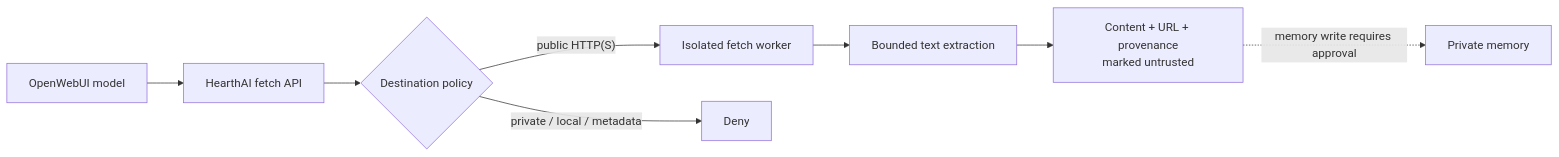
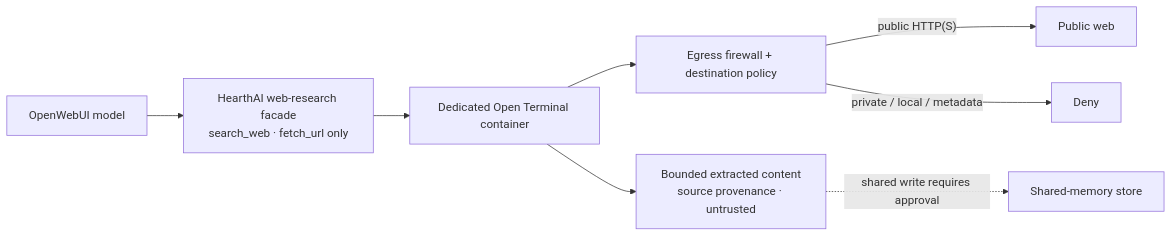
Before and after one commit to jokajak/hearthai: the fifth of 6 diagrams in docs/ARCHITECTURE.md, drawn with Mermaid. The commit also changed other lines of this file and 5 other files, not shown here.

Commit message:
Refine HearthAI capability roadmap

````diff
--- a/docs/ARCHITECTURE.md
+++ b/docs/ARCHITECTURE.md
@@ -267,10 +232,10 @@
 ```mermaid
 flowchart LR
-    HOST["OpenWebUI model"] --> API["HearthAI fetch API"]
-    API --> POLICY{"Destination policy"}
-    POLICY -- "public HTTP(S)" --> FETCH["Isolated fetch worker"]
-    POLICY -- "private / local / metadata" --> DENY["Deny"]
-    FETCH --> EXTRACT["Bounded text extraction"]
-    EXTRACT --> RESULT["Content + URL + provenance<br/>marked untrusted"]
-    RESULT -. "memory write requires approval" .-> MEMORY["Private memory"]
+    MODEL["OpenWebUI model"] --> FACADE["HearthAI web-research facade<br/>search_web · fetch_url only"]
+    FACADE --> TERMINAL["Dedicated Open Terminal container"]
+    TERMINAL --> FIREWALL["Egress firewall + destination policy"]
+    FIREWALL -- "public HTTP(S)" --> WEB["Public web"]
+    FIREWALL -- "private / local / metadata" --> DENY["Deny"]
+    TERMINAL --> RESULT["Bounded extracted content<br/>source provenance · untrusted"]
+    RESULT -. "shared write requires approval" .-> MEMORY["Shared-memory store"]
 ```
````
